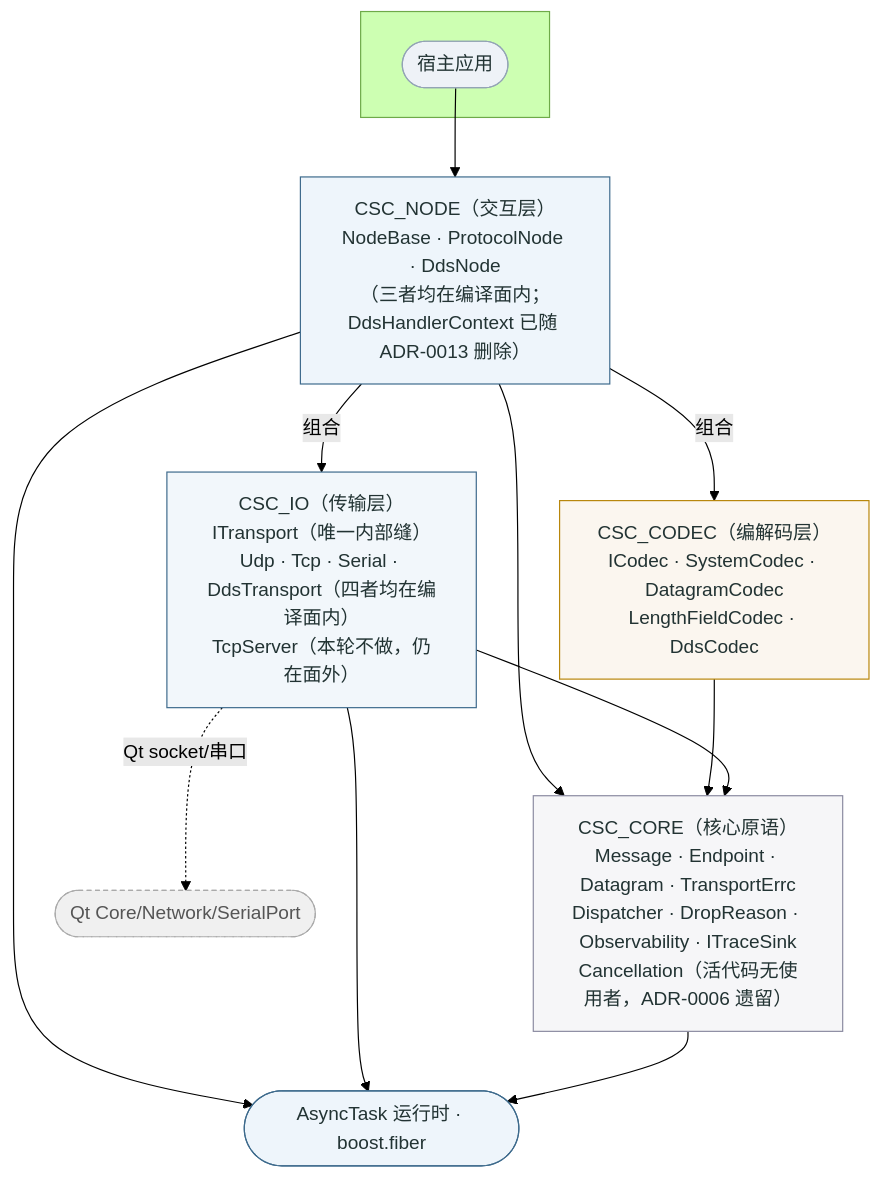
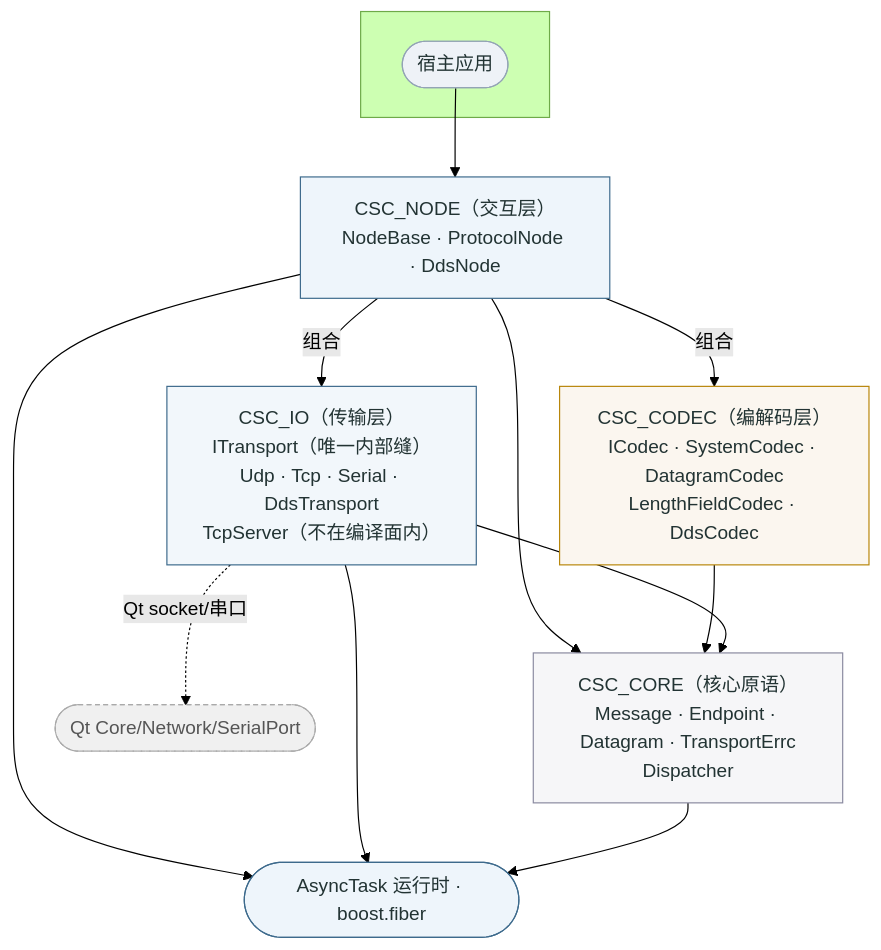
Before and after one commit to Ste7an-cs/Transport: the diagram in docs/diagrams/sdd-csc-layers.mmd, drawn with Mermaid (forest theme). The commit also changed 13 other files, not shown here.

First line of the commit message:
docs(图): 七张图清除历史标注与已删组件,图 4-1 起

```diff
--- a/docs/diagrams/sdd-csc-layers.mmd
+++ b/docs/diagrams/sdd-csc-layers.mmd
@@ -1,33 +1,33 @@
 flowchart TB
     subgraph HOST[" "]
       APP([宿主应用])
     end
-    NODE["CSC_NODE（交互层）<br/>NodeBase · ProtocolNode · DdsNode<br/>（三者均在编译面内；DdsHandlerContext 已随 ADR-0013 删除）"]
+    NODE["CSC_NODE（交互层）<br/>NodeBase · ProtocolNode · DdsNode"]
     CODEC["CSC_CODEC（编解码层）<br/>ICodec · SystemCodec · DatagramCodec<br/>LengthFieldCodec · DdsCodec"]
-    IO["CSC_IO（传输层）<br/>ITransport（唯一内部缝）<br/>Udp · Tcp · Serial · DdsTransport（四者均在编译面内）<br/>TcpServer（本轮不做，仍在面外）"]
-    CORE["CSC_CORE（核心原语）<br/>Message · Endpoint · Datagram · TransportErrc<br/>Dispatcher · DropReason · Observability · ITraceSink<br/>Cancellation（活代码无使用者，ADR-0006 遗留）"]
+    IO["CSC_IO（传输层）<br/>ITransport（唯一内部缝）<br/>Udp · Tcp · Serial · DdsTransport<br/>TcpServer（不在编译面内）"]
+    CORE["CSC_CORE（核心原语）<br/>Message · Endpoint · Datagram · TransportErrc<br/>Dispatcher"]
     RT([AsyncTask 运行时 · boost.fiber])
     QT([Qt Core/Network/SerialPort]):::opt
 
     APP --> NODE
     NODE -->|组合| CODEC
     NODE -->|组合| IO
     NODE --> CORE
     CODEC --> CORE
     IO --> CORE
     IO -.Qt socket/串口.-> QT
     NODE --> RT
     IO --> RT
     CORE --> RT
 
     classDef host fill:#eef2f7,stroke:#93a4b5,color:#233;
     classDef node fill:#eef5fb,stroke:#3d6a8c,color:#233;
     classDef codec fill:#fbf6ef,stroke:#b8860b,color:#233;
     classDef io fill:#f2f7fb,stroke:#3d6a8c,color:#233;
     classDef core fill:#f6f6f8,stroke:#8a8aa0,color:#233;
     classDef opt fill:#f0f0f0,stroke:#aaa,color:#555,stroke-dasharray:4 3;
     class APP host;
     class NODE node;
     class CODEC codec;
     class IO io;
     class CORE core;
```
